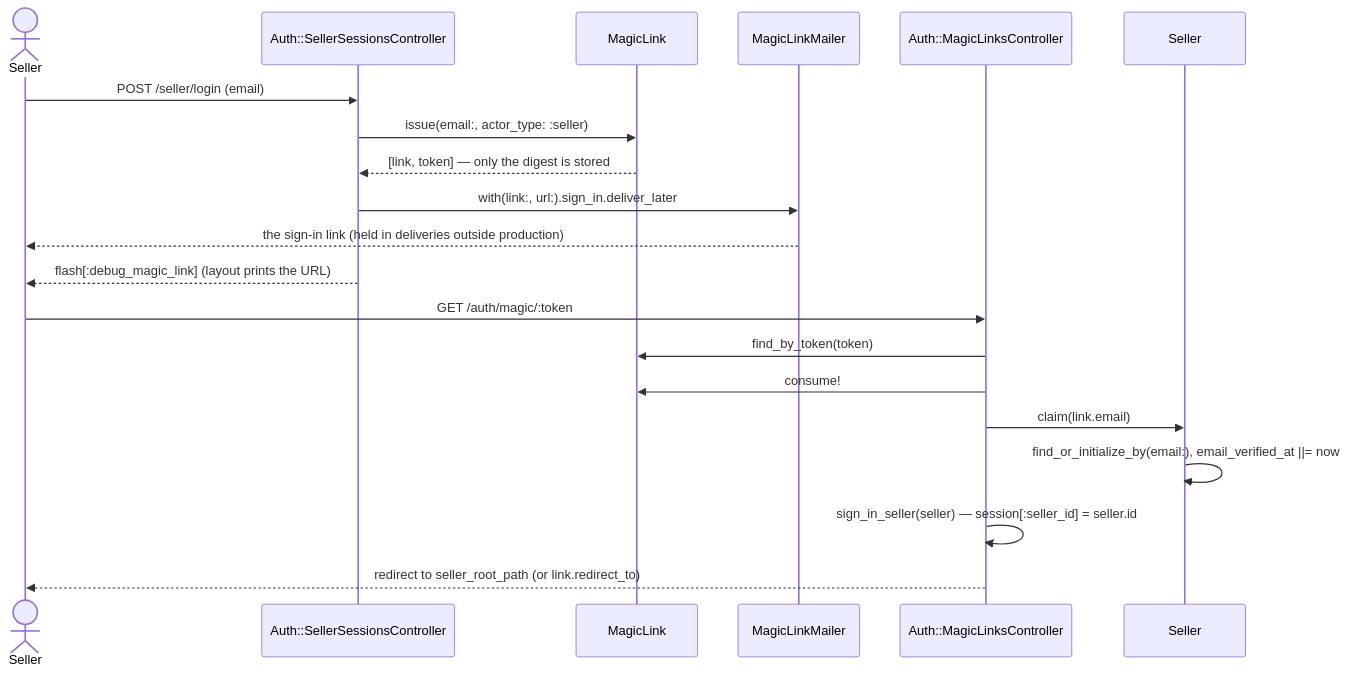
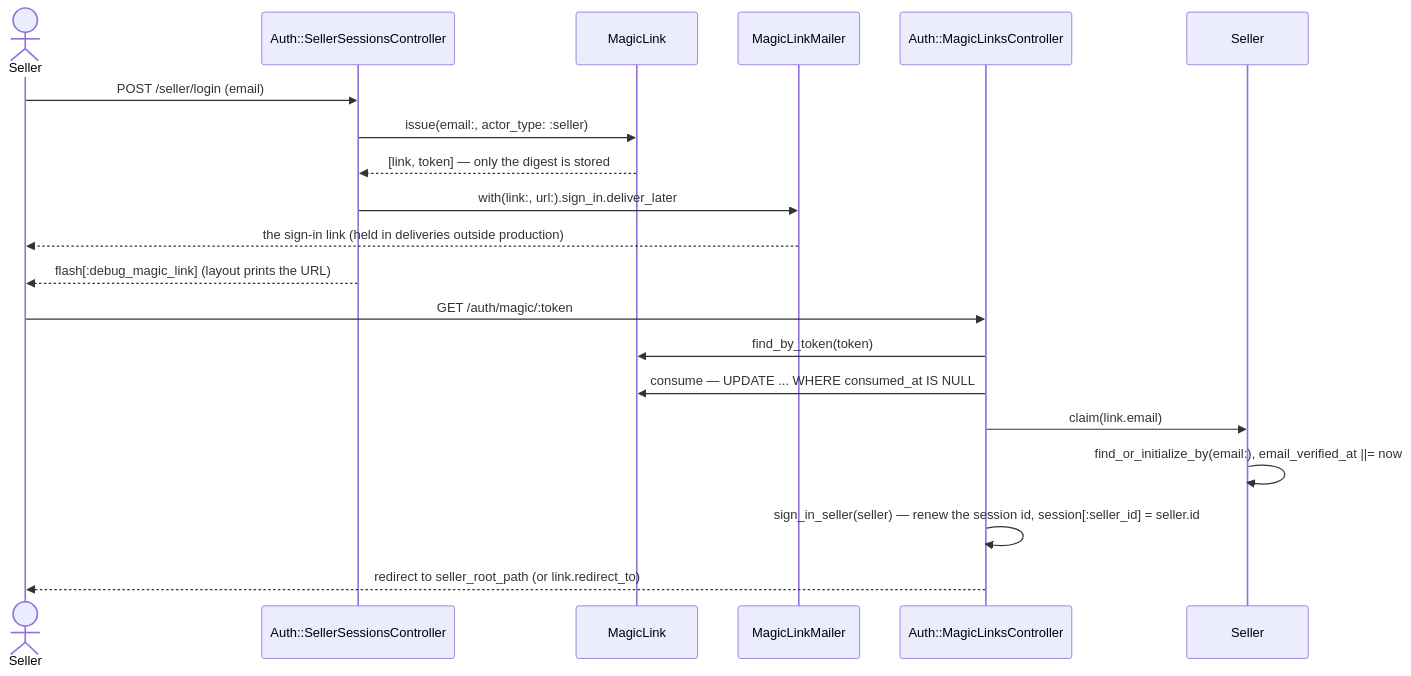
The first of 5 diagrams in prototype/rails/docs/identity.md (jonathan-beebe/art-store), drawn with Mermaid before and after one commit. The commit also changed other lines of this file and 318 other files, not shown here.

````diff
--- a/prototype/rails/docs/identity.md
+++ b/prototype/rails/docs/identity.md
@@ -24,24 +28,24 @@
 ```mermaid
 sequenceDiagram
     actor Seller
     participant Login as Auth::SellerSessionsController
     participant MagicLinks as MagicLink
     participant Mailer as MagicLinkMailer
     participant Verify as Auth::MagicLinksController
     participant Sellers as Seller
 
     Seller->>Login: POST /seller/login (email)
     Login->>MagicLinks: issue(email:, actor_type: :seller)
     MagicLinks-->>Login: [link, token] — only the digest is stored
     Login->>Mailer: with(link:, url:).sign_in.deliver_later
     Mailer-->>Seller: the sign-in link (held in deliveries outside production)
     Login-->>Seller: flash[:debug_magic_link] (layout prints the URL)
 
     Seller->>Verify: GET /auth/magic/:token
     Verify->>MagicLinks: find_by_token(token)
-    Verify->>MagicLinks: consume!
+    Verify->>MagicLinks: consume — UPDATE ... WHERE consumed_at IS NULL
     Verify->>Sellers: claim(link.email)
     Sellers->>Sellers: find_or_initialize_by(email:), email_verified_at ||= now
-    Verify->>Verify: sign_in_seller(seller) — session[:seller_id] = seller.id
+    Verify->>Verify: sign_in_seller(seller) — renew the session id, session[:seller_id] = seller.id
     Verify-->>Seller: redirect to seller_root_path (or link.redirect_to)
 ```
````
